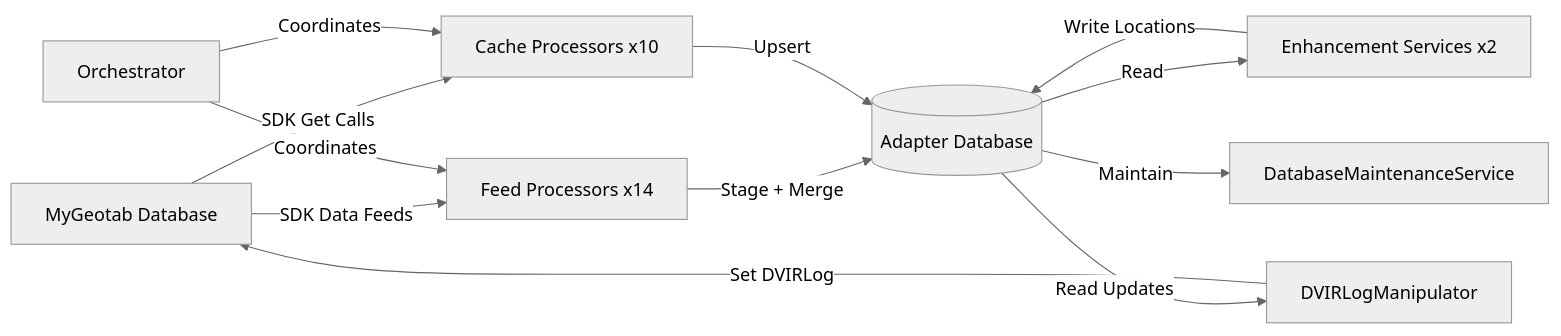
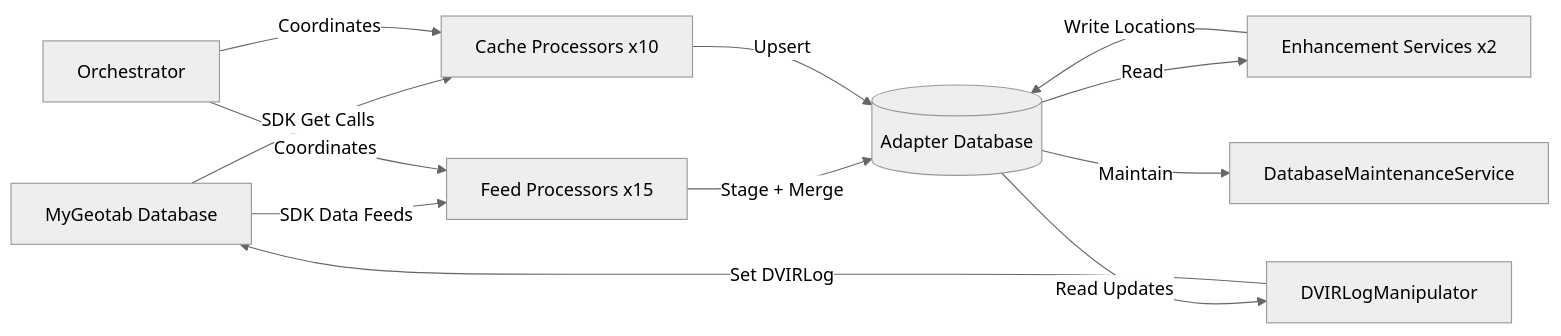
Before and after one commit to Geotab/mygeotab-api-adapter: the first of 5 diagrams in MyGeotabAPIAdapter/README.md, drawn with Mermaid (neutral theme). The commit also changed other lines of this file and 45 other files, not shown here.

````diff
--- a/MyGeotabAPIAdapter/README.md
+++ b/MyGeotabAPIAdapter/README.md
@@ -298,14 +298,14 @@
 ```mermaid
 flowchart LR
-    MG[MyGeotab Database] -->|SDK Data Feeds| FP[Feed Processors x14]
+    MG[MyGeotab Database] -->|SDK Data Feeds| FP[Feed Processors x15]
     MG -->|SDK Get Calls| CP[Cache Processors x10]
     FP -->|Stage + Merge| DB[(Adapter Database)]
     CP -->|Upsert| DB
     DB -->|Read| ES[Enhancement Services x2]
     ES -->|Write Locations| DB
     DB -->|Read Updates| DM[DVIRLogManipulator]
     DM -->|Set DVIRLog| MG
     DB -->|Maintain| MS[DatabaseMaintenanceService]
     ORC[Orchestrator] -->|Coordinates| FP
     ORC -->|Coordinates| CP
 ```
````
